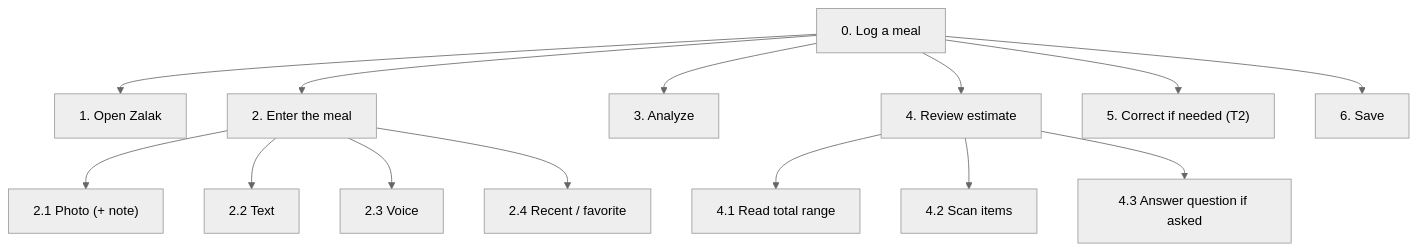
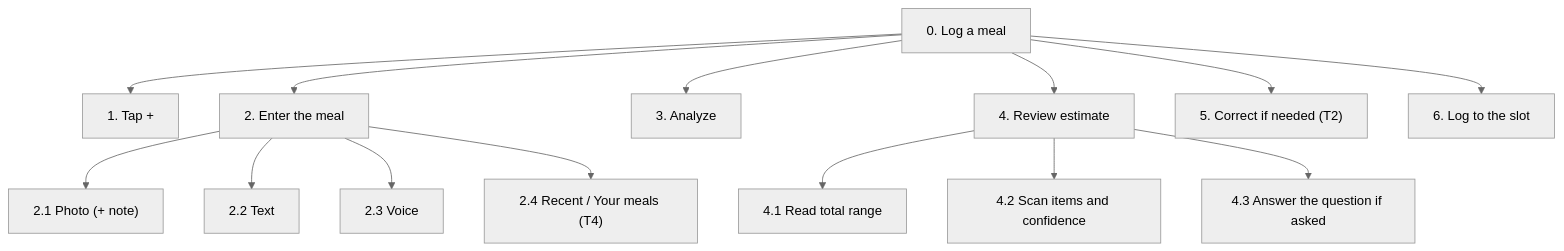
The first of 2 diagrams in docs/03-task-analysis.md (vnikiforovski/hci-calorie-app), drawn with Mermaid (neutral theme) before and after one commit. The commit also changed other lines of this file and 24 other files, not shown here.

````diff
--- a/docs/03-task-analysis.md
+++ b/docs/03-task-analysis.md
@@ -26,16 +26,16 @@
 ```mermaid
 flowchart TD
-    T0["0. Log a meal"] --> A["1. Open Zalak"]
+    T0["0. Log a meal"] --> A["1. Tap +"]
     T0 --> B["2. Enter the meal"]
     T0 --> C["3. Analyze"]
     T0 --> D["4. Review estimate"]
     T0 --> E["5. Correct if needed (T2)"]
-    T0 --> F["6. Save"]
+    T0 --> F["6. Log to the slot"]
     B --> B1["2.1 Photo (+ note)"]
     B --> B2["2.2 Text"]
     B --> B3["2.3 Voice"]
-    B --> B4["2.4 Recent / favorite"]
+    B --> B4["2.4 Recent / Your meals (T4)"]
     D --> D1["4.1 Read total range"]
-    D --> D2["4.2 Scan items"]
-    D --> D3["4.3 Answer question if asked"]
+    D --> D2["4.2 Scan items and confidence"]
+    D --> D3["4.3 Answer the question if asked"]
 ```
````
